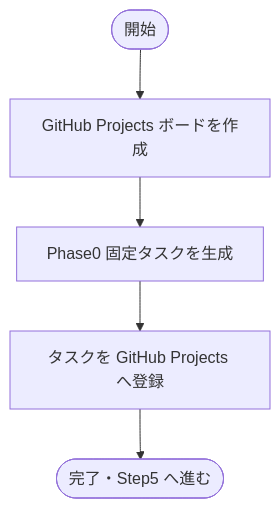
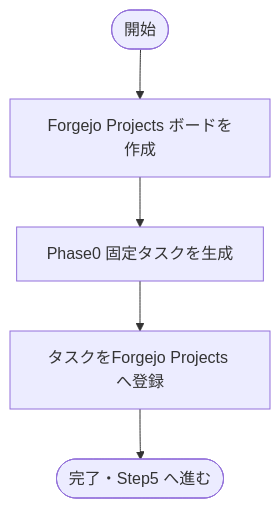
Before and after one commit to BossApe/lo-vibe: the eighth of 17 diagrams in _document/002.要件定義フェーズ/001.要件定義/001-01.機能要件定義書.md, drawn with Mermaid. The commit also changed other lines of this file and 38 other files, not shown here.

````diff
--- a/_document/002.要件定義フェーズ/001.要件定義/001-01.機能要件定義書.md
+++ b/_document/002.要件定義フェーズ/001.要件定義/001-01.機能要件定義書.md
@@ -326,7 +326,7 @@
 ```mermaid
 flowchart TD
-    A([開始]) --> B[GitHub Projects ボードを作成]
+    A([開始]) --> B[Forgejo Projects ボードを作成]
     B --> C[Phase0 固定タスクを生成]
-    C --> D[タスクを GitHub Projects へ登録]
+    C --> D[タスクをForgejo Projects へ登録]
     D --> E([完了・Step5 へ進む])
 ```
````
